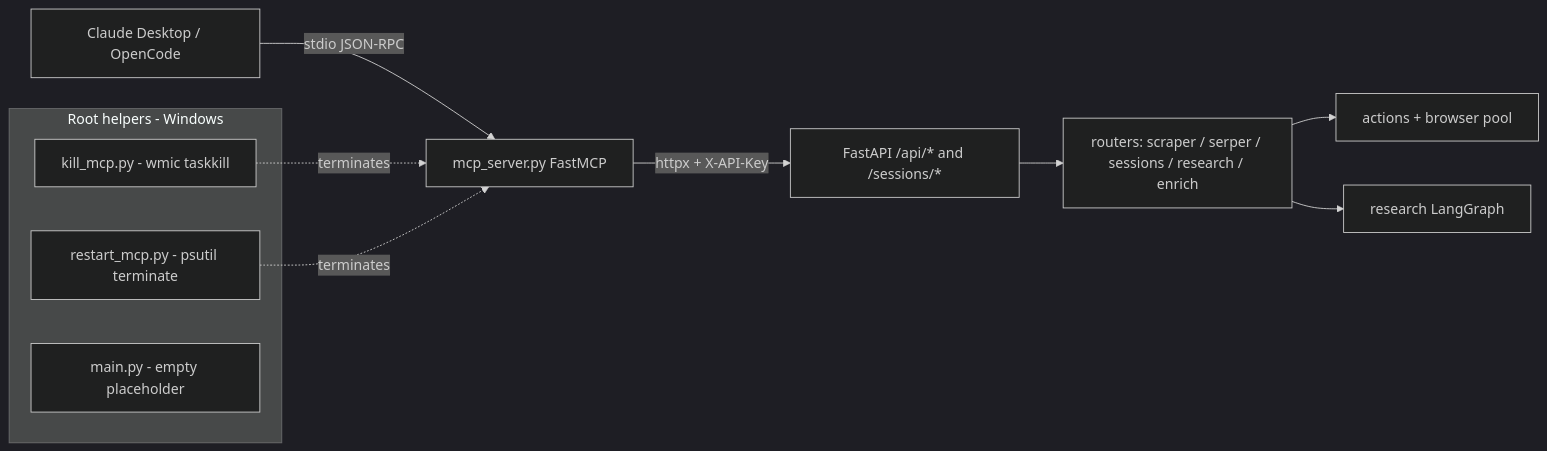
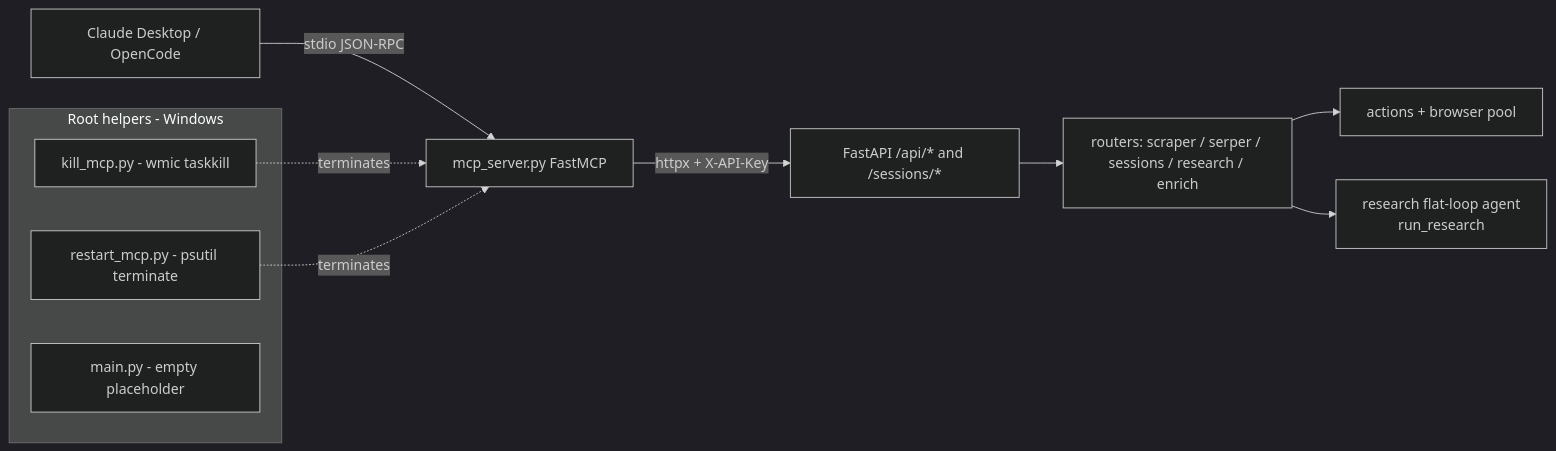
The diagram in docs/codebase-report/19-mcp-server.md (volk6022/Atomic-Scraper-Service), drawn with Mermaid (dark theme) before and after one commit. The commit also changed other lines of this file and 39 other files, not shown here.

````diff
--- a/docs/codebase-report/19-mcp-server.md
+++ b/docs/codebase-report/19-mcp-server.md
@@ -61,16 +61,16 @@
 ```mermaid
 flowchart LR
     Cli[Claude Desktop / OpenCode] -- stdio JSON-RPC --> Mcp[mcp_server.py FastMCP]
     Mcp -- httpx + X-API-Key --> Api[FastAPI /api/* and /sessions/*]
     Api --> Routers[routers: scraper / serper / sessions / research / enrich]
     Routers --> Actions[actions + browser pool]
-    Routers --> Research[research LangGraph]
+    Routers --> Research[research flat-loop agent<br/>run_research]
 
     subgraph helpers[Root helpers - Windows]
         Kill[kill_mcp.py - wmic taskkill]
         Restart[restart_mcp.py - psutil terminate]
         Main[main.py - empty placeholder]
     end
     Kill -. terminates .-> Mcp
     Restart -. terminates .-> Mcp
 ```
````
